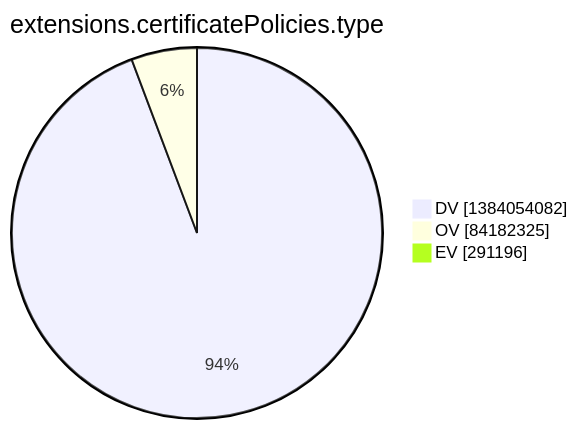
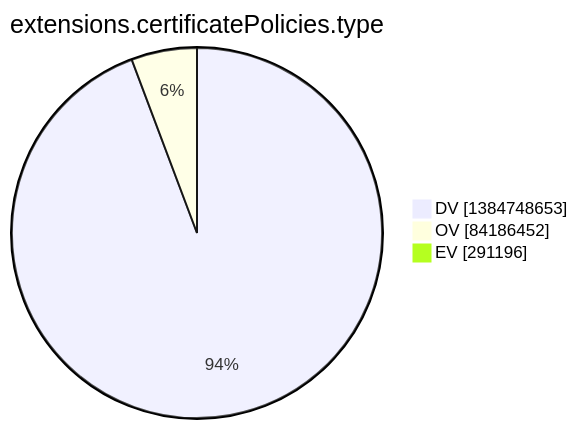
One commit to christiankrug/ctmonitor_visualization changed the tenth of 15 diagrams in argon2022/README.md. Above: the diagram before and after it, drawn with Mermaid. The commit also changed other lines of this file, not shown here.

````diff
--- a/argon2022/README.md
+++ b/argon2022/README.md
@@ -2773,7 +2773,7 @@
 ```mermaid
 pie showData
 title extensions.certificatePolicies.type
-"DV" :1384054082
-"OV" :84182325
+"DV" :1384748653
+"OV" :84186452
 "EV" :291196
 ```
````
